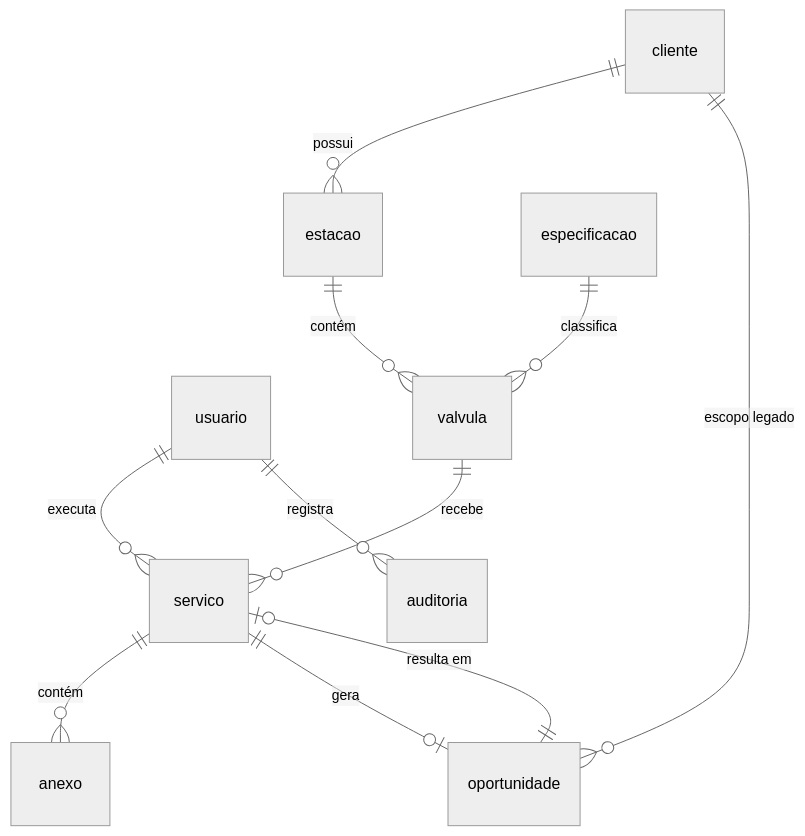
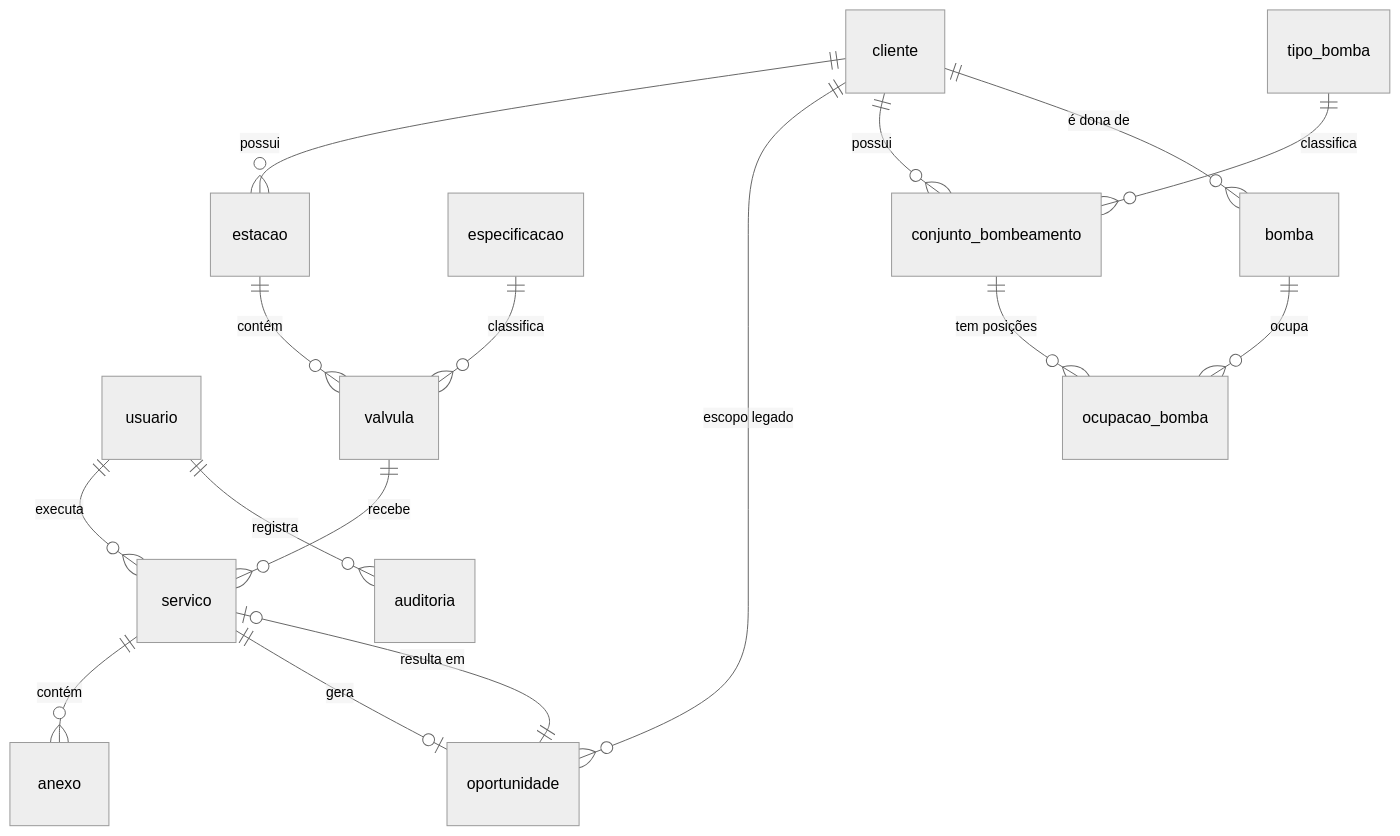
The diagram in docs/database.md (DanielTabosa/Valtis), drawn with Mermaid (neutral theme) before and after one commit. The commit also changed other lines of this file and 32 other files, not shown here.

````diff
--- a/docs/database.md
+++ b/docs/database.md
@@ -29,13 +29,18 @@
 ```mermaid
 erDiagram
     usuario       ||--o{ servico       : "executa"
     cliente       ||--o{ estacao       : "possui"
     estacao       ||--o{ valvula       : "contém"
     especificacao ||--o{ valvula       : "classifica"
     valvula       ||--o{ servico       : "recebe"
     servico       ||--o{ anexo         : "contém"
     servico       ||--o| oportunidade  : "gera"
     cliente       ||--o{ oportunidade  : "escopo legado"
     oportunidade  ||--o| servico       : "resulta em"
     usuario       ||--o{ auditoria     : "registra"
+    cliente       ||--o{ conjunto_bombeamento : "possui"
+    tipo_bomba    ||--o{ conjunto_bombeamento : "classifica"
+    cliente       ||--o{ bomba         : "é dona de"
+    bomba         ||--o{ ocupacao_bomba : "ocupa"
+    conjunto_bombeamento ||--o{ ocupacao_bomba : "tem posições"
 ```
````
